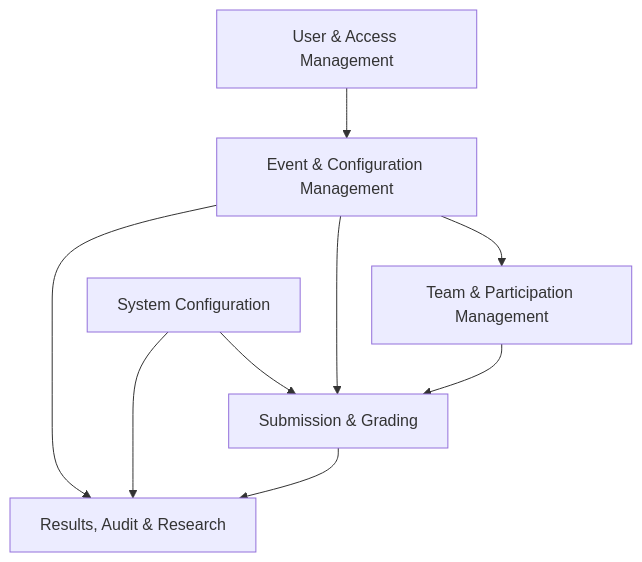
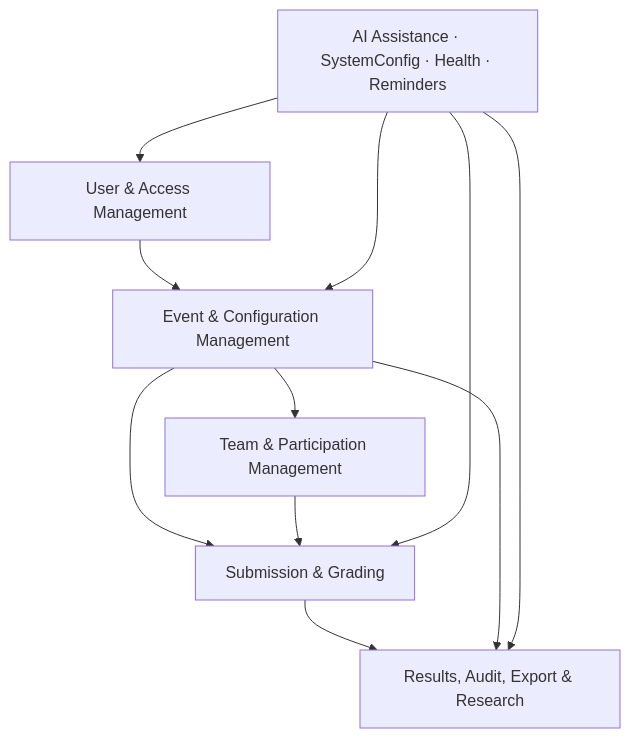
One commit to Miniks040506/SWP391-SEAL-Software-Engineering-Hackathon-Management-System changed the fourth of 5 diagrams in README.md. Above: the diagram before and after it, drawn with Mermaid. The commit also changed other lines of this file and 1 other file, not shown here.

````diff
--- a/README.md
+++ b/README.md
@@ -201,11 +258,13 @@
 ```mermaid
 graph TD
     A[User & Access Management] --> B[Event & Configuration Management]
     B --> C[Team & Participation Management]
     B --> D[Submission & Grading]
     C --> D
-    D --> E[Results, Audit & Research]
+    D --> E[Results, Audit, Export & Research]
     B --> E
-    G[System Configuration] --> D
-    G --> E
+    F[AI Assistance · SystemConfig · Health · Reminders] --> A
+    F --> B
+    F --> D
+    F --> E
 ```
````
